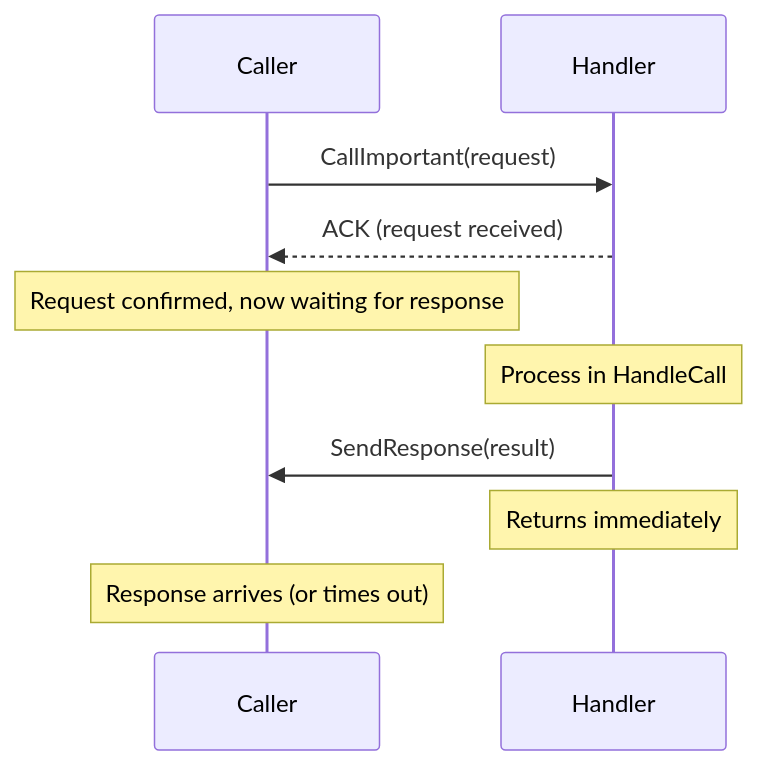
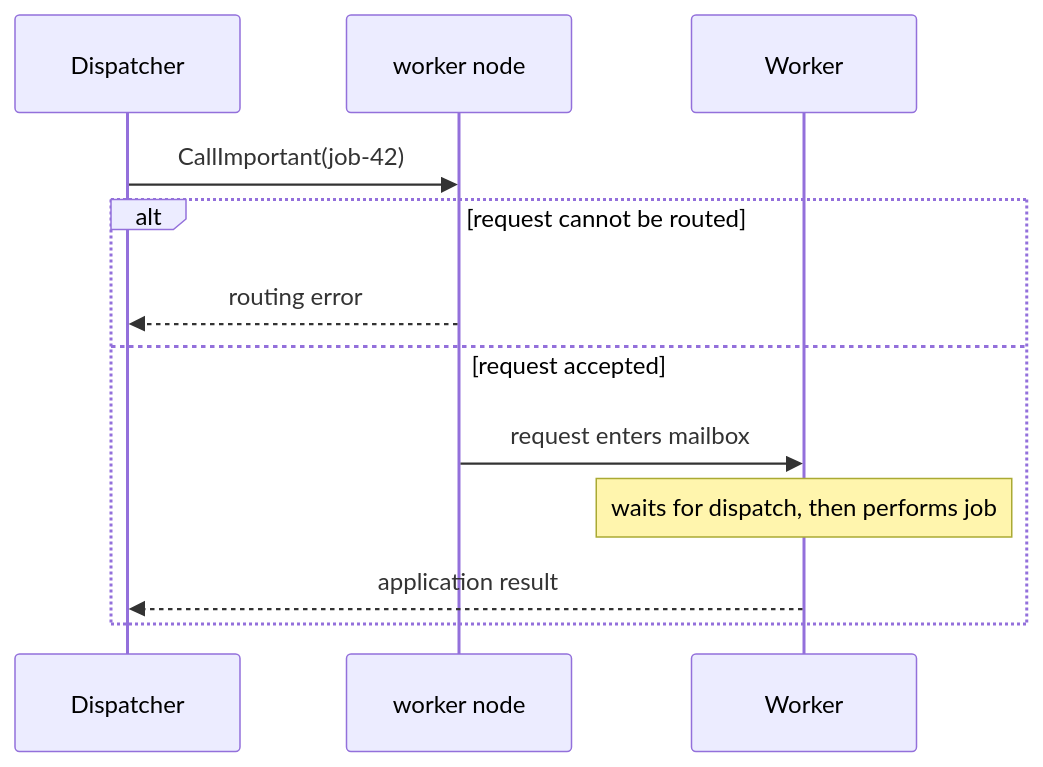
Before and after one commit to ergo-services/ergo: the second of 2 diagrams in docs/advanced/important-delivery.md, drawn with Mermaid. The commit also changed other lines of this file and 96 other files, not shown here.

````diff
--- a/docs/advanced/important-delivery.md
+++ b/docs/advanced/important-delivery.md
@@ -279,16 +111,14 @@
 ```mermaid
 sequenceDiagram
-    participant Caller
-    participant Handler
-    
-    Caller->>Handler: CallImportant(request)
-    Handler-->>Caller: ACK (request received)
-    Note over Caller: Request confirmed, now waiting for response
-    
-    Note over Handler: Process in HandleCall
-    
-    Handler->>Caller: SendResponse(result)
-    Note over Handler: Returns immediately
-    
-    Note over Caller: Response arrives (or times out)
+    participant Dispatcher
+    participant Peer as worker node
+    participant Worker
+    Dispatcher->>Peer: CallImportant(job-42)
+    alt request cannot be routed
+        Peer-->>Dispatcher: routing error
+    else request accepted
+        Peer->>Worker: request enters mailbox
+        Note over Worker: waits for dispatch, then performs job
+        Worker-->>Dispatcher: application result
+    end
 ```
````
